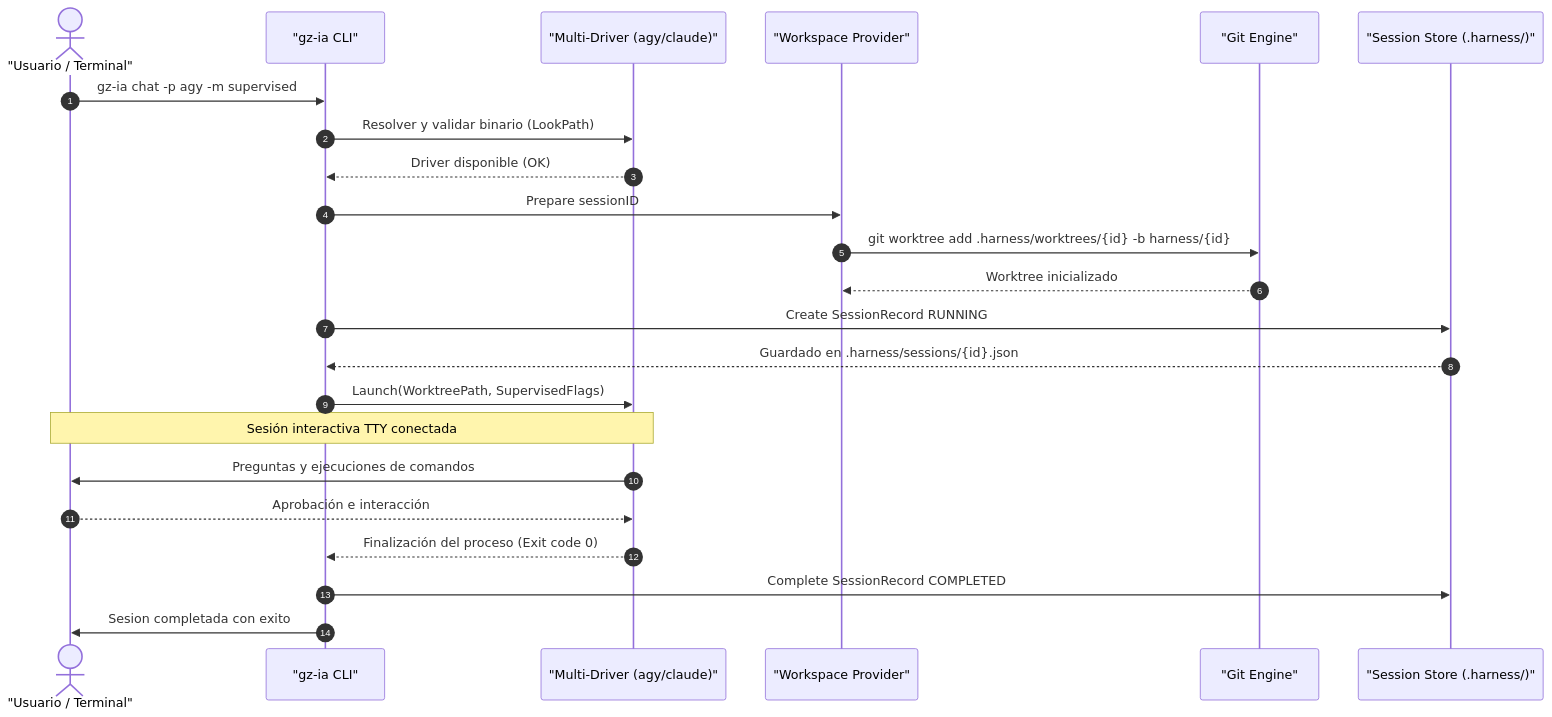
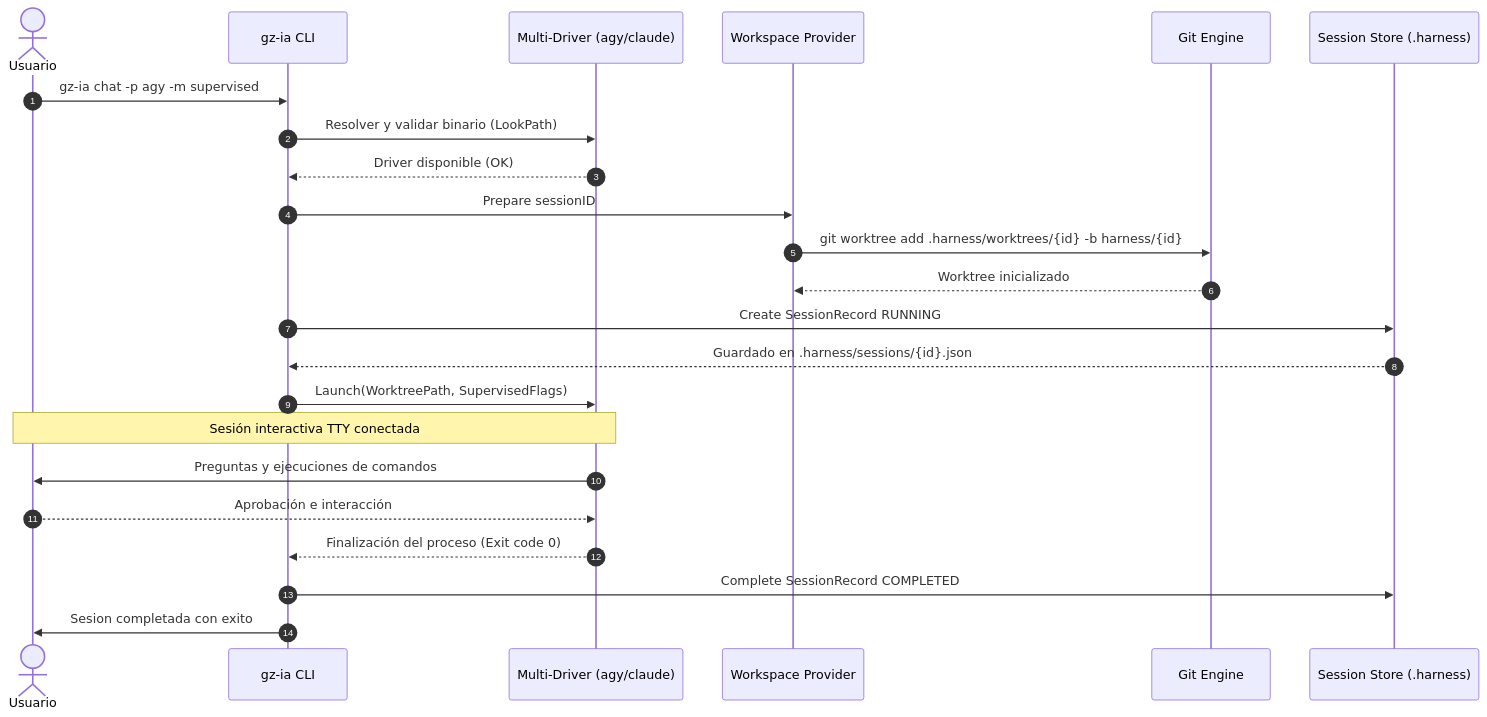
The second of 2 diagrams in docs/architecture/overview.md (GountzJs/gountz-ia), drawn with Mermaid before and after one commit. The commit also changed other lines of this file and 13 other files, not shown here.

Commit message:
chore(harness): session f77036a8 changes

````diff
--- a/docs/architecture/overview.md
+++ b/docs/architecture/overview.md
@@ -105,26 +105,26 @@
 ```mermaid
 sequenceDiagram
     autonumber
-    actor User as "Usuario / Terminal"
-    participant CLI as "gz-ia CLI"
-    participant Driver as "Multi-Driver (agy/claude)"
-    participant Work as "Workspace Provider"
-    participant Git as "Git Engine"
-    participant Store as "Session Store (.harness/)"
+    actor User as Usuario
+    participant CLI as gz-ia CLI
+    participant Driver as Multi-Driver (agy/claude)
+    participant Work as Workspace Provider
+    participant Git as Git Engine
+    participant Store as Session Store (.harness)
 
     User->>CLI: gz-ia chat -p agy -m supervised
     CLI->>Driver: Resolver y validar binario (LookPath)
     Driver-->>CLI: Driver disponible (OK)
     CLI->>Work: Prepare sessionID
     Work->>Git: git worktree add .harness/worktrees/{id} -b harness/{id}
     Git-->>Work: Worktree inicializado
     CLI->>Store: Create SessionRecord RUNNING
     Store-->>CLI: Guardado en .harness/sessions/{id}.json
     CLI->>Driver: Launch(WorktreePath, SupervisedFlags)
     Note over Driver,User: Sesión interactiva TTY conectada
     Driver->>User: Preguntas y ejecuciones de comandos
     User-->>Driver: Aprobación e interacción
     Driver-->>CLI: Finalización del proceso (Exit code 0)
     CLI->>Store: Complete SessionRecord COMPLETED
     CLI->>User: Sesion completada con exito
 ```
````
